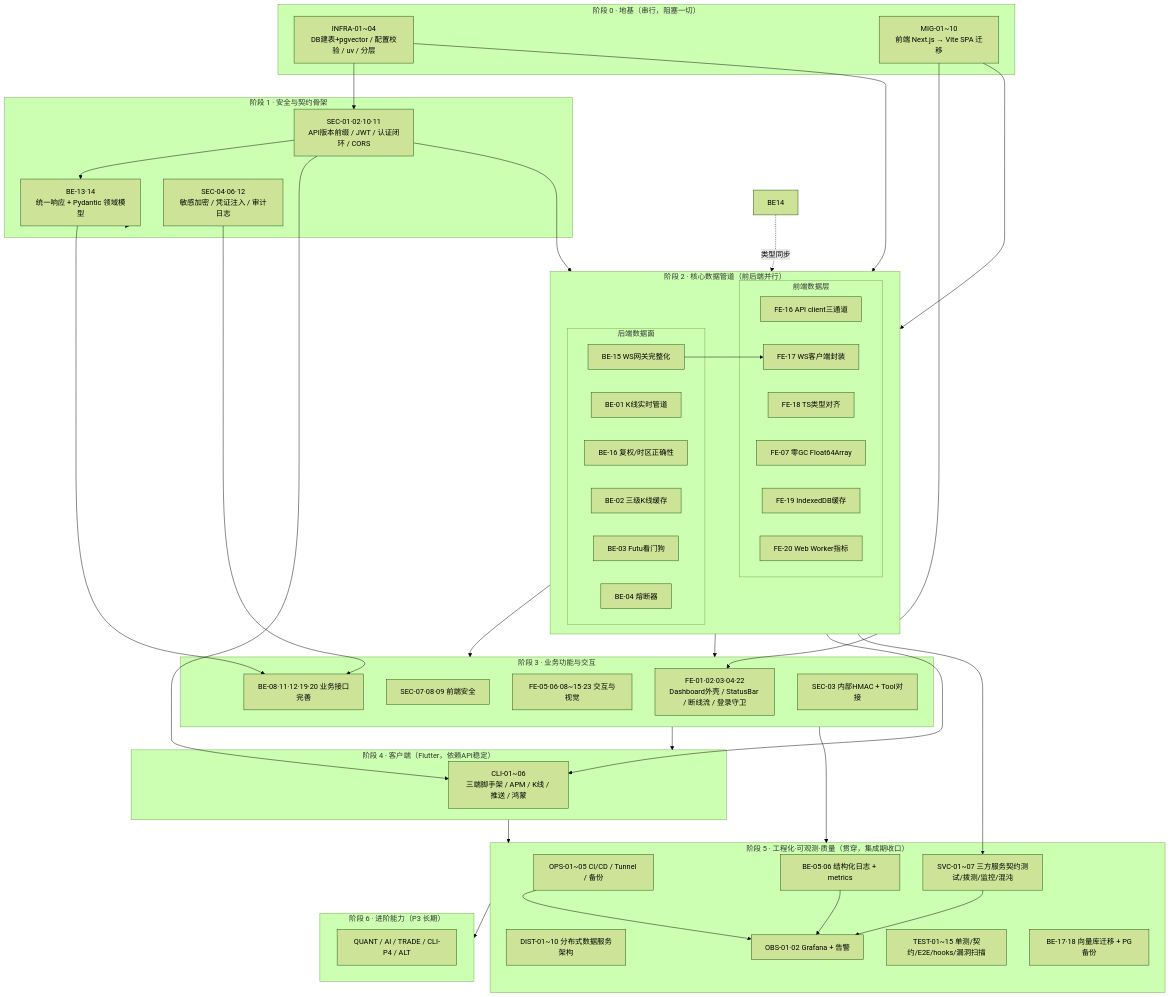
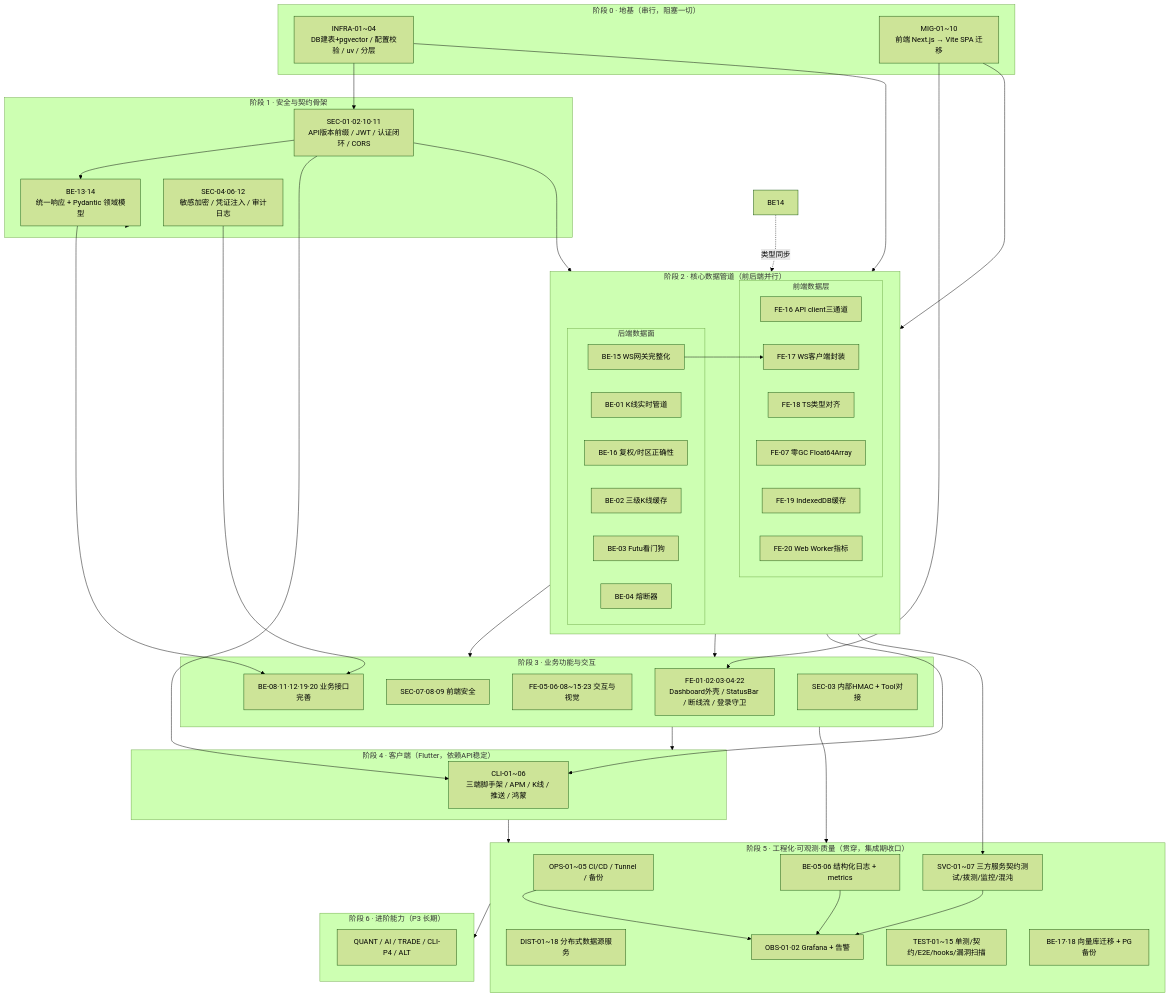
The diagram in docs/TODO.md (songlinhe5-lab/quant_agent), drawn with Mermaid (forest theme) before and after one commit. The commit also changed other lines of this file and 1 other file, not shown here.

First line of the commit message:
docs: 新增分布式数据源服务架构设计 + 重构 DIST 任务

```diff
--- a/docs/TODO.md
+++ b/docs/TODO.md
@@ -58,7 +58,7 @@
 
     subgraph S5["阶段 5 · 工程化·可观测·质量（贯穿，集成期收口）"]
         OPS["OPS-01~05 CI/CD / Tunnel / 备份"]
-        DIST["DIST-01~10 分布式数据服务架构"]
+        DIST["DIST-01~18 分布式数据源服务"]
         BE0506["BE-05·06 结构化日志 + metrics"]
         OBS["OBS-01·02 Grafana + 告警"]
         TEST["TEST-01~15 单测/契约/E2E/hooks/漏洞扫描"]
```
